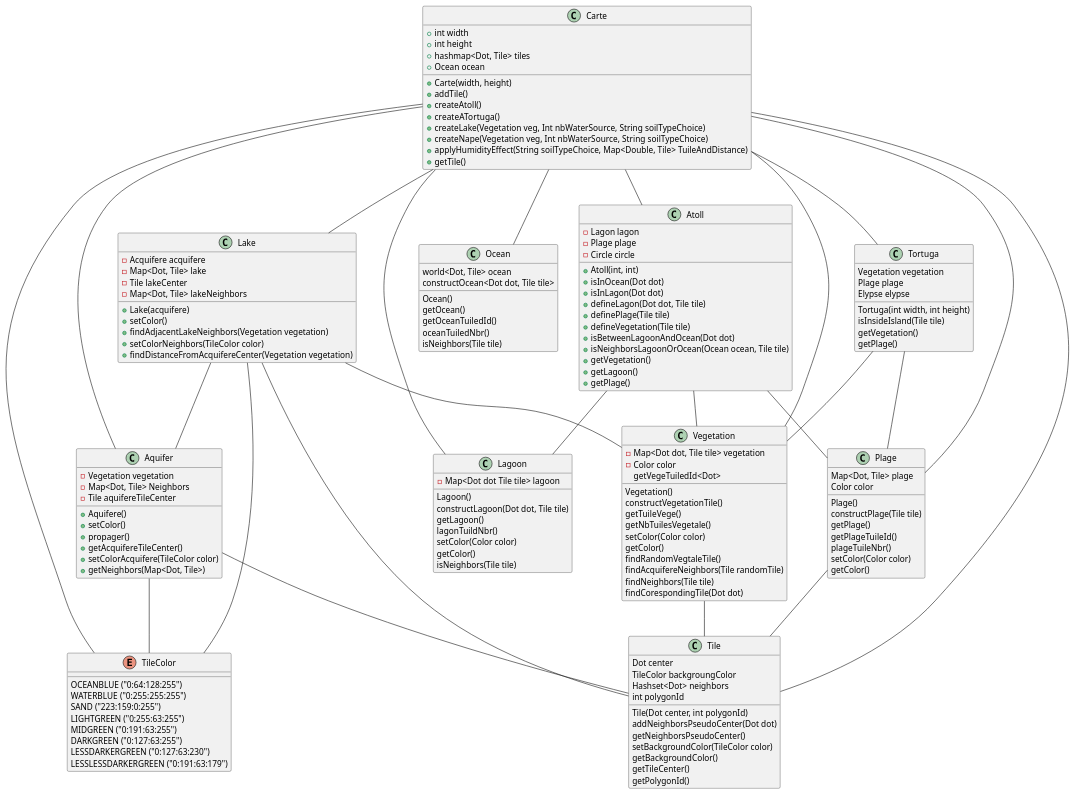
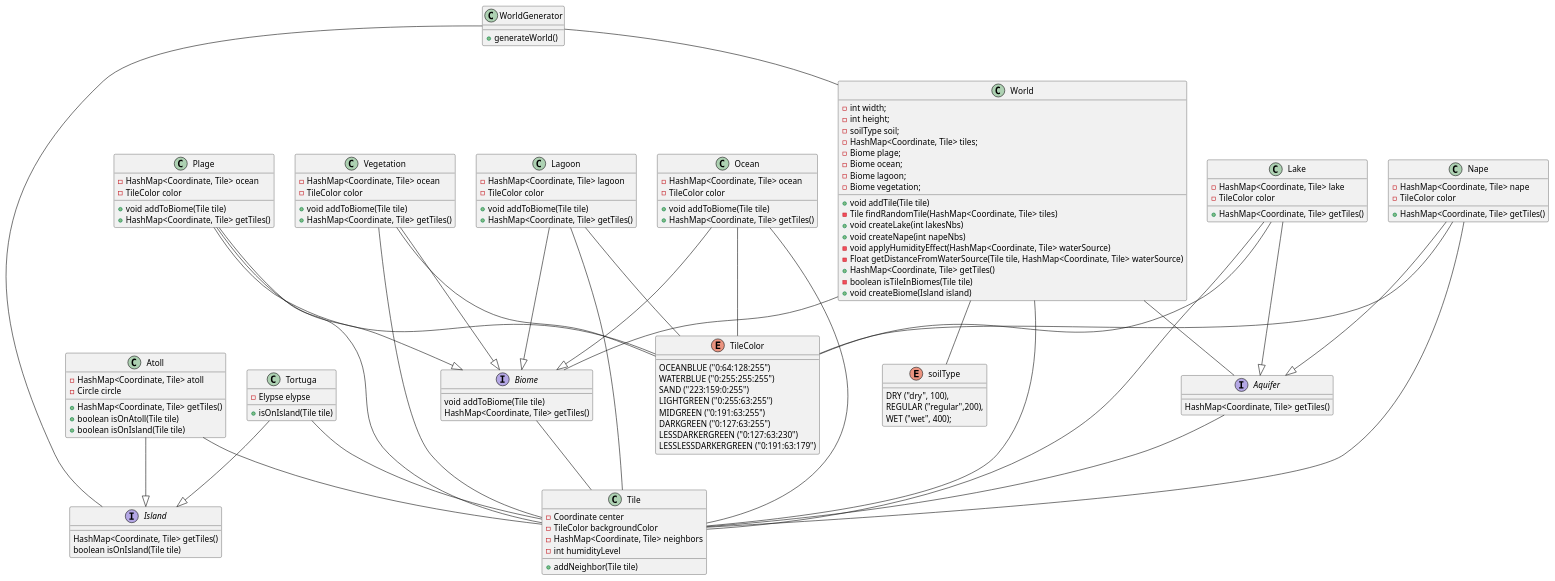
The diagram in diagrammeDeClasse_map.puml (cryptoswarm/terrain-generator), drawn with PlantUML before and after one commit. The commit also changed 13 other files, not shown here.

```diff
--- a/diagrammeDeClasse_map.puml
+++ b/diagrammeDeClasse_map.puml
@@ -1,169 +1,167 @@
 @startuml
 
-class Aquifer {
-    - Vegetation vegetation
-    - Map<Dot, Tile> Neighbors
-    - Tile aquifereTileCenter
-    + Aquifere()
-    + setColor()
-    + propager()
-    + getAcquifereTileCenter()
-    + setColorAcquifere(TileColor color)
-    + getNeighbors(Map<Dot, Tile>)
+Class WorldGenerator {
+    + generateWorld()
+}
+
+Interface Aquifer {
+    HashMap<Coordinate, Tile> getTiles()
+}
+
+Interface Biome {
+    void addToBiome(Tile tile)
+    HashMap<Coordinate, Tile> getTiles()
+}
+
+Interface Island {
+    HashMap<Coordinate, Tile> getTiles()
+    boolean isOnIsland(Tile tile)
 }
 
 class Atoll {
-    - Lagon lagon
-    - Plage plage
+    - HashMap<Coordinate, Tile> atoll
     - Circle circle
-    + Atoll(int, int)
-    + isInOcean(Dot dot)
-    + isInLagon(Dot dot)
-    + defineLagon(Dot dot, Tile tile)
-    + definePlage(Tile tile)
-    + defineVegetation(Tile tile)
-    + isBetweenLagoonAndOcean(Dot dot)
-    + isNeighborsLagoonOrOcean(Ocean ocean, Tile tile)
-    + getVegetation()
-    + getLagoon()
-    + getPlage()
+    + HashMap<Coordinate, Tile> getTiles()
+    + boolean isOnAtoll(Tile tile)
+    + boolean isOnIsland(Tile tile)
 }
 
-class Carte{
-    + int width
-    + int height
-    + hashmap<Dot, Tile> tiles
-    + Ocean ocean
-    + Carte(width, height)
-    + addTile()
-    + createAtoll()
-    + createATortuga()
-    + createLake(Vegetation veg, Int nbWaterSource, String soilTypeChoice)
-    + createNape(Vegetation veg, Int nbWaterSource, String soilTypeChoice)
-    + applyHumidityEffect(String soilTypeChoice, Map<Double, Tile> TuileAndDistance)
-    + getTile()
+class World {
+    - int width;
+    - int height;
+    - soilType soil;
+    - HashMap<Coordinate, Tile> tiles;
+    - Biome plage;
+    - Biome ocean;
+    - Biome lagoon;
+    - Biome vegetation;
+    + void addTile(Tile tile)
+    - Tile findRandomTile(HashMap<Coordinate, Tile> tiles)
+    + void createLake(int lakesNbs)
+    + void createNape(int napeNbs)
+    - void applyHumidityEffect(HashMap<Coordinate, Tile> waterSource)
+    - Float getDistanceFromWaterSource(Tile tile, HashMap<Coordinate, Tile> waterSource)
+    + HashMap<Coordinate, Tile> getTiles()
+    - boolean isTileInBiomes(Tile tile)
+    + void createBiome(Island island)
 }
+
 class Lagoon {
-    - Map<Dot dot Tile tile> lagoon
-    Lagoon()
-    constructLagoon(Dot dot, Tile tile)
-    getLagoon()
-    lagonTuildNbr()
-    setColor(Color color)
-    getColor()
-    isNeighbors(Tile tile)
+    - HashMap<Coordinate, Tile> lagoon
+    - TileColor color
+    + void addToBiome(Tile tile)
+    + HashMap<Coordinate, Tile> getTiles()
 }
 
 class Lake{
-    - Acquifere acquifere
-    - Map<Dot, Tile> lake
-    - Tile lakeCenter
-    - Map<Dot, Tile> lakeNeighbors
-    + Lake(acquifere)
-    + setColor()
-    + findAdjacentLakeNeighbors(Vegetation vegetation)
-    + setColorNeighbors(TileColor color)
-    + findDistanceFromAcquifereCenter(Vegetation vegetation)
+    - HashMap<Coordinate, Tile> lake
+    - TileColor color
+    + HashMap<Coordinate, Tile> getTiles()
 }
+
+class Nape{
+    - HashMap<Coordinate, Tile> nape
+    - TileColor color
+    + HashMap<Coordinate, Tile> getTiles()
+}
+
+
 class Ocean{
-    world<Dot, Tile> ocean
-    Ocean()
-    constructOcean<Dot dot, Tile tile>
-    getOcean()
-    getOceanTuiledId()
-    oceanTuiledNbr()
-    isNeighbors(Tile tile)
+    - HashMap<Coordinate, Tile> ocean
+    - TileColor color
+    + void addToBiome(Tile tile)
+    + HashMap<Coordinate, Tile> getTiles()
 }
 
 class Plage{
-    Map<Dot, Tile> plage
-    Color color
-    Plage()
-    constructPlage(Tile tile)
-    getPlage()
-    getPlageTuileId()
-    plageTuileNbr()
-    setColor(Color color)
-    getColor()
+    - HashMap<Coordinate, Tile> ocean
+    - TileColor color
+    + void addToBiome(Tile tile)
+    + HashMap<Coordinate, Tile> getTiles()
 }
 
 Class Tile{
-    Dot center
-    TileColor backgroungColor
-    Hashset<Dot> neighbors
-    int polygonId
-    Tile(Dot center, int polygonId)
-    addNeighborsPseudoCenter(Dot dot)
-    getNeighborsPseudoCenter()
-    setBackgroundColor(TileColor color)
-    getBackgroundColor()
-    getTileCenter()
-    getPolygonId()
+    - Coordinate center
+    - TileColor backgroundColor
+    - HashMap<Coordinate, Tile> neighbors
+    - int humidityLevel
+    + addNeighbor(Tile tile)
 }
+
 Enum TileColor{
     OCEANBLUE ("0:64:128:255")
     WATERBLUE ("0:255:255:255")
     SAND ("223:159:0:255")
     LIGHTGREEN ("0:255:63:255")
     MIDGREEN ("0:191:63:255")
     DARKGREEN ("0:127:63:255")
     LESSDARKERGREEN ("0:127:63:230")
     LESSLESSDARKERGREEN ("0:191:63:179")
 }
 
+Enum soilType {
+    DRY ("dry", 100),
+    REGULAR ("regular",200),
+    WET ("wet", 400);
+}
+
 Class Tortuga{
-    Vegetation vegetation
-    Plage plage
-    Elypse elypse
-    Tortuga(int width, int height)
-    isInsideIsland(Tile tile)
-    getVegetation()
-    getPlage()
+    - Elypse elypse
+    + isOnIsland(Tile tile)
 }
 
 class Vegetation{
-    - Map<Dot dot, Tile tile> vegetation
-    - Color color
-    Vegetation()
-    constructVegetationTile()
-    getTuileVege()
-    getVegeTuiledId<Dot>
-    getNbTuilesVegetale()
-    setColor(Color color)
-    getColor()
-    findRandomVegtaleTile()
-    findAcquifereNeighbors(Tile randomTile)
-    findNeighbors(Tile tile)
-    findCorespondingTile(Dot dot)
+    - HashMap<Coordinate, Tile> ocean
+    - TileColor color
+    + void addToBiome(Tile tile)
+    + HashMap<Coordinate, Tile> getTiles()
 }
 
-Carte -- Atoll
-Carte -- Tortuga
-Carte -- Tile
-Carte -- Lake
-Carte -- Vegetation
-Carte -- Plage
-Carte -- Ocean
-Carte -- Aquifer
-Carte -- TileColor
-Carte -- Lagoon
+WorldGenerator -- World
+WorldGenerator -- Island
+
+World -- Tile
+World -- Aquifer
+World -- Biome
+World -- soilType
 
 Aquifer -- Tile
-Aquifer -- TileColor
+Biome -- Tile
 
-Atoll -- Plage
-Atoll -- Vegetation
-Atoll -- Lagoon
+Atoll -- Tile
+Atoll --|> Island
 
-Lake -- Aquifer
+Tortuga -- Tile
+Tortuga --|> Island
+
+
+Lake --|> Aquifer
 Lake -- Tile
 Lake -- TileColor
-Lake -- Vegetation
 
+Nape --|> Aquifer
+Nape -- Tile
+Nape -- TileColor
+
+
+Plage --|> Biome
 Plage -- Tile
+Plage -- TileColor
 
-Tortuga -- Plage
-Tortuga -- Vegetation
+Ocean --|> Biome
+Ocean -- Tile
+Ocean -- TileColor
 
-Vegetation -- Tile
+Vegetation --|> Biome
+Vegetation  -- Tile
+Vegetation -- TileColor
+
+Lagoon --|> Biome
+Lagoon -- Tile
+Lagoon -- TileColor
+
+
+
+
+
 @enduml
```
